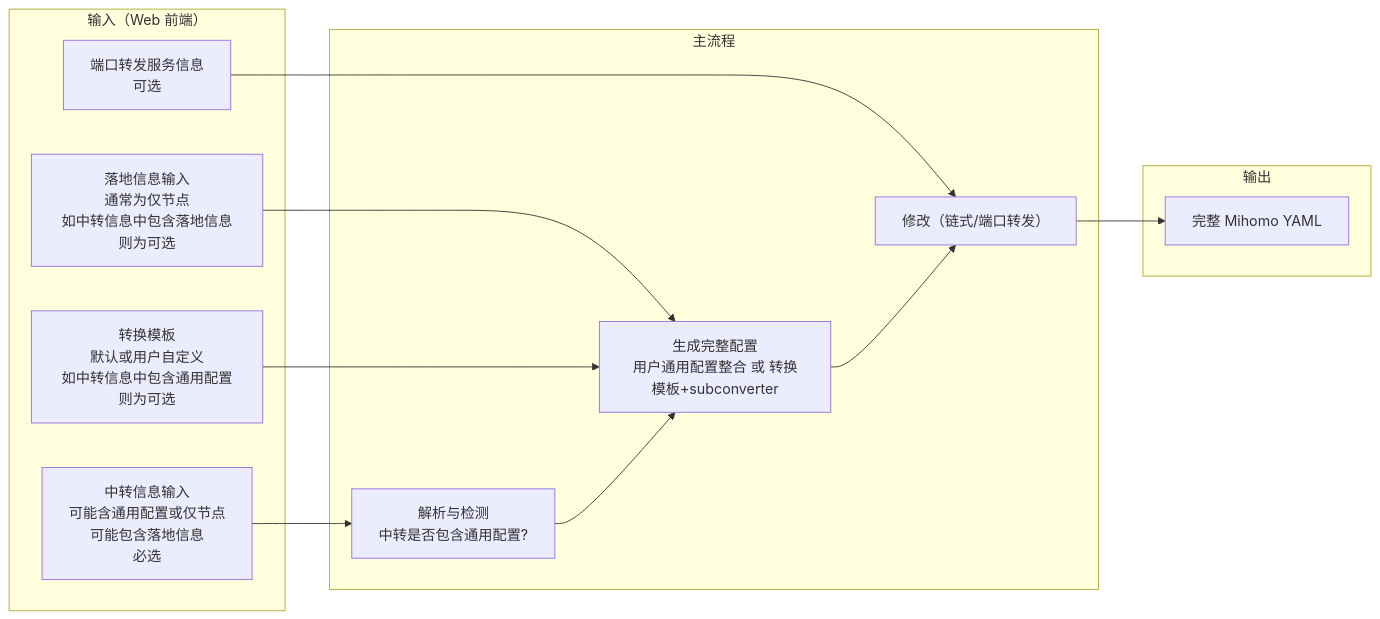
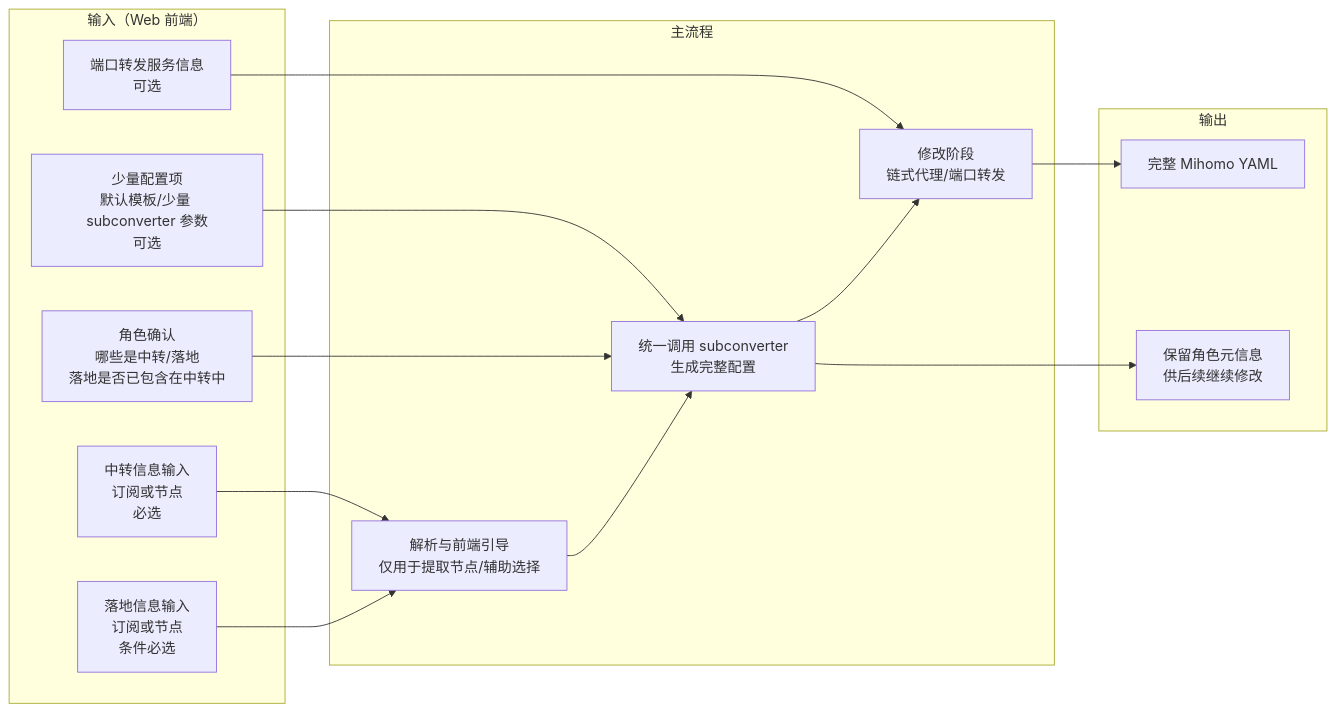
One commit to slackworker/chain-subconverter changed the diagram in docs/spec/01-overview.md. Above: the diagram before and after it, drawn with Mermaid. The commit also changed other lines of this file and 5 other files, not shown here.

````diff
--- a/docs/spec/01-overview.md
+++ b/docs/spec/01-overview.md
@@ -19,27 +33,31 @@
 ```mermaid
 flowchart LR
   subgraph Input[输入（Web 前端）]
-    T[中转信息输入<br/>可能含通用配置或仅节点<br/>可能包含落地信息<br/>必选]
-    L[落地信息输入<br/>通常为仅节点<br/>如中转信息中包含落地信息则为可选]
-    TP[转换模板<br/>默认或用户自定义<br/>如中转信息中包含通用配置则为可选]
+    T[中转信息输入<br/>订阅或节点<br/>必选]
+    L[落地信息输入<br/>订阅或节点<br/>条件必选]
+    C[少量配置项<br/>默认模板/少量 subconverter 参数<br/>可选]
     F[端口转发服务信息<br/>可选]
+    R[角色确认<br/>哪些是中转/落地<br/>落地是否已包含在中转中]
   end
 
   subgraph Flow[主流程]
-    P[解析与检测<br/>中转是否包含通用配置?]
-    S[生成完整配置<br/>用户通用配置整合 或 转换模板+subconverter]
-    M[修改（链式/端口转发）]
+    P[解析与前端引导<br/>仅用于提取节点/辅助选择]
+    S[统一调用 subconverter<br/>生成完整配置]
+    M[修改阶段<br/>链式代理/端口转发]
   end
 
   subgraph Output[输出]
     O[完整 Mihomo YAML]
+    K[保留角色元信息<br/>供后续继续修改]
   end
 
   T --> P
-  L --> S
-  TP --> S
+  L --> P
+  C --> S
+  R --> S
+  P --> S
   F --> M
-  P --> S
   S --> M
+  S --> K
   M --> O
 ```
````
